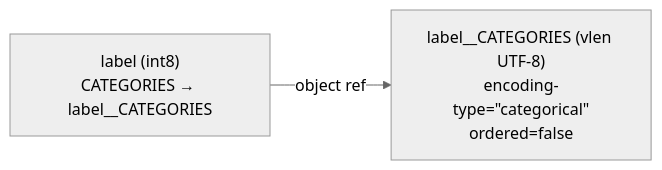
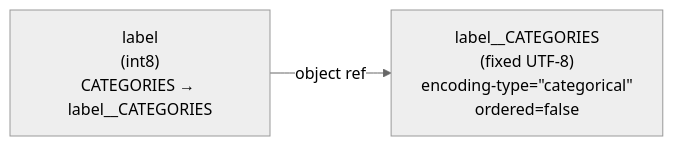
The fourth of 7 diagrams in HEP001/index.md (HDFAlliance/heps), drawn with Mermaid (neutral theme) before and after one commit. The commit also changed other lines of this file, not shown here.

````diff
--- a/HEP001/index.md
+++ b/HEP001/index.md
@@ -677,6 +676,6 @@
 ```{mermaid}
 graph LR
-  col["label (int8)<br/>CATEGORIES &rarr; label__CATEGORIES"]
-  cat["label__CATEGORIES (vlen UTF-8)<br/>encoding-type=&quot;categorical&quot;<br/>ordered=false"]
+  col["label<br/>(int8)<br/>CATEGORIES &rarr; label__CATEGORIES"]
+  cat["label__CATEGORIES<br/>(fixed UTF-8)<br/>encoding‑type=&quot;categorical&quot;<br/>ordered=false"]
   col -- object ref --> cat
 ```
````
